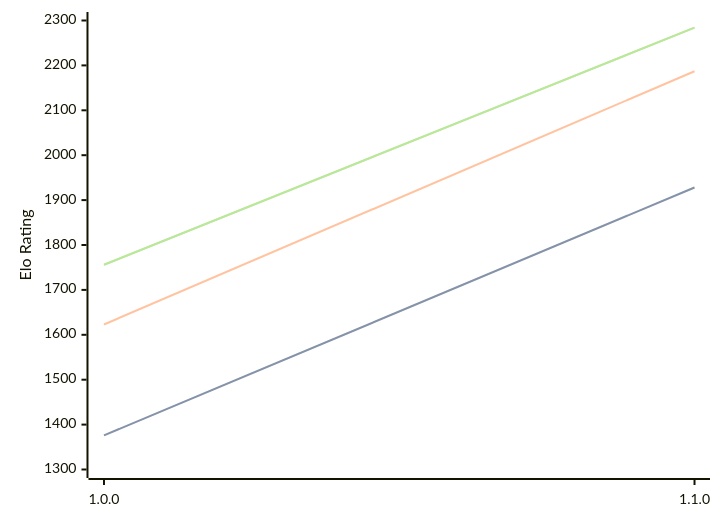
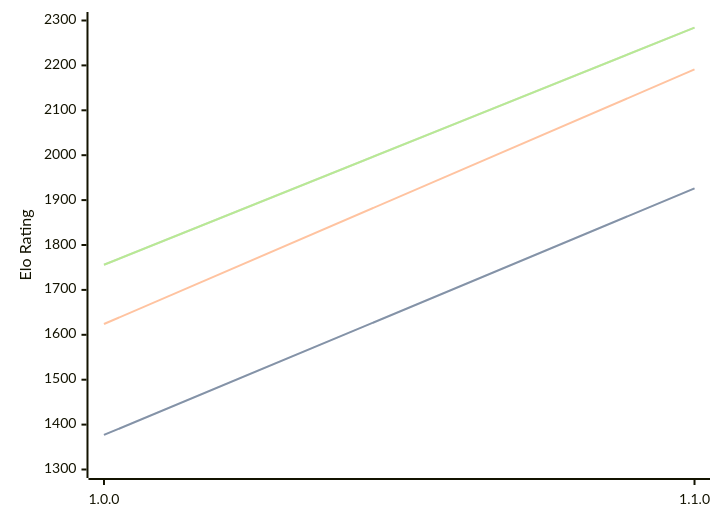
One commit to computer-chess-index/cci changed the diagram in engines/Akerbeltz.md. Above: the diagram before and after it, drawn with Mermaid. The commit also changed other lines of this file, not shown here.

````diff
--- a/engines/Akerbeltz.md
+++ b/engines/Akerbeltz.md
@@ -32,11 +32,11 @@
 ```mermaid
 %%{init: {"theme":"base","themeVariables":{"seriesColors:['#a3a3a3','#222221','#faa371']}}}%%
 xychart-beta
   x-axis ["1.0.0", "1.1.0"]
   y-axis "Elo Rating" 1300 --> 2300
-  line "STC (8.0+0.08s)" [1376, 1928]
-  line "STC (8.0+0.08s)" [1376, 1928]
-  line "LTC (60.0+0.60s)" [1623, 2187]
+  line "STC (8.0+0.08s)" [1377, 1926]
+  line "STC (8.0+0.08s)" [1377, 1926]
+  line "LTC (60.0+0.60s)" [1624, 2191]
   line "VLTC (2m24s+1.12s)" [1756, 2284]
   line "VLTC (2m24s+1.12s)" [1756, 2284]
 ```
````
